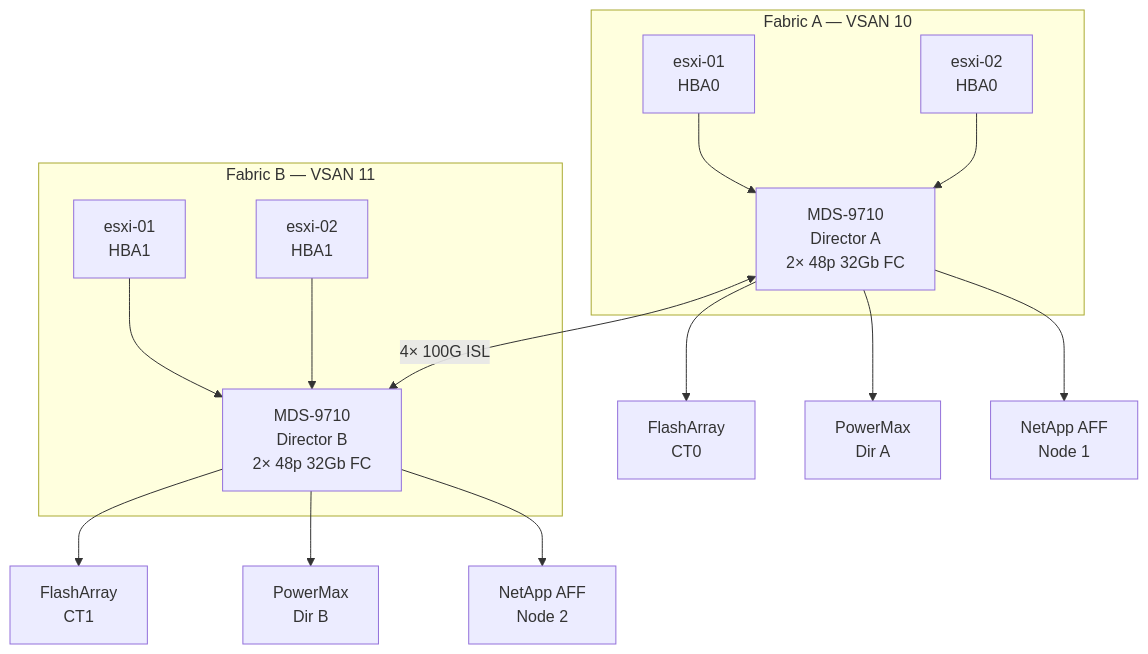
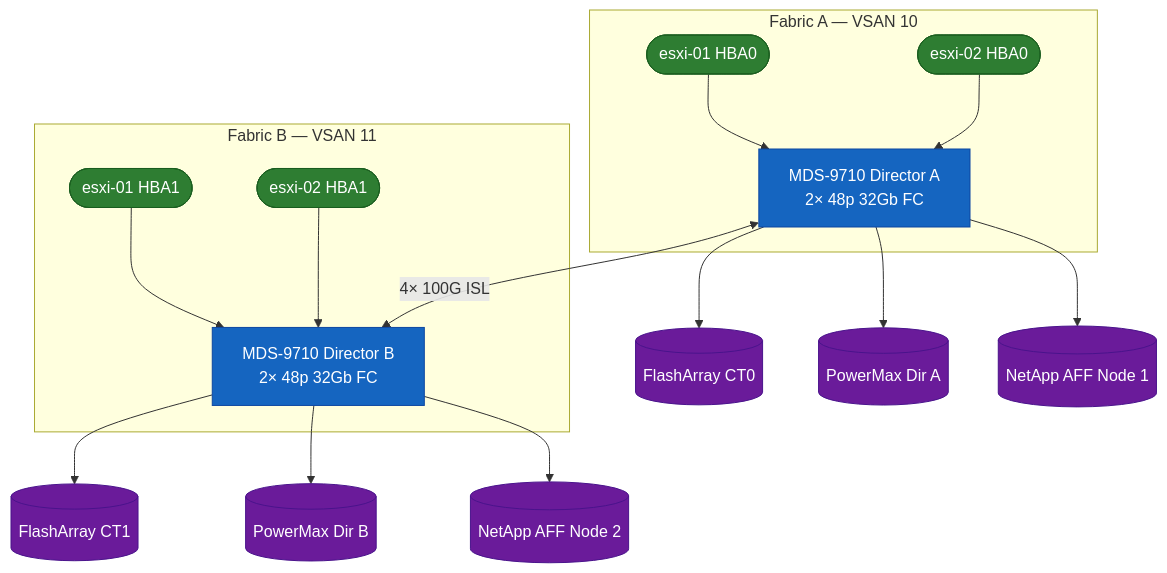
The diagram in docs/san/cisco/mds/architecture/index.md (canast01/chris-kb), drawn with Mermaid before and after one commit. The commit also changed other lines of this file, not shown here.

Commit message:
Improve Mermaid diagram: colour-coded nodes, remove grey box, fix code block syntax

````diff
--- a/docs/san/cisco/mds/architecture/index.md
+++ b/docs/san/cisco/mds/architecture/index.md
@@ -8,27 +8,35 @@
 ```mermaid
 graph TB
   subgraph FabricA["Fabric A — VSAN 10"]
-    H1A["esxi-01\nHBA0"]
-    H2A["esxi-02\nHBA0"]
-    MDSA["MDS-9710\nDirector A\n2× 48p 32Gb FC"]
+    H1A(["esxi-01  HBA0"])
+    H2A(["esxi-02  HBA0"])
+    MDSA["MDS-9710 Director A\n2× 48p 32Gb FC"]
     H1A --> MDSA
     H2A --> MDSA
   end
 
   subgraph FabricB["Fabric B — VSAN 11"]
-    H1B["esxi-01\nHBA1"]
-    H2B["esxi-02\nHBA1"]
-    MDSB["MDS-9710\nDirector B\n2× 48p 32Gb FC"]
+    H1B(["esxi-01  HBA1"])
+    H2B(["esxi-02  HBA1"])
+    MDSB["MDS-9710 Director B\n2× 48p 32Gb FC"]
     H1B --> MDSB
     H2B --> MDSB
   end
 
   MDSA <-->|"4× 100G ISL"| MDSB
 
-  MDSA --> FA_CT0["FlashArray\nCT0"]
-  MDSA --> PM_A["PowerMax\nDir A"]
-  MDSA --> NA_N1["NetApp AFF\nNode 1"]
-  MDSB --> FA_CT1["FlashArray\nCT1"]
-  MDSB --> PM_B["PowerMax\nDir B"]
-  MDSB --> NA_N2["NetApp AFF\nNode 2"]
+  MDSA --> FA_CT0[("FlashArray CT0")]
+  MDSA --> PM_A[("PowerMax Dir A")]
+  MDSA --> NA_N1[("NetApp AFF Node 1")]
+  MDSB --> FA_CT1[("FlashArray CT1")]
+  MDSB --> PM_B[("PowerMax Dir B")]
+  MDSB --> NA_N2[("NetApp AFF Node 2")]
+
+  classDef switch fill:#1565c0,stroke:#0d47a1,color:#fff
+  classDef host fill:#2e7d32,stroke:#1b5e20,color:#fff
+  classDef storage fill:#6a1b9a,stroke:#4a148c,color:#fff
+
+  class MDSA,MDSB switch
+  class H1A,H2A,H1B,H2B host
+  class FA_CT0,PM_A,NA_N1,FA_CT1,PM_B,NA_N2 storage
 ```
````
